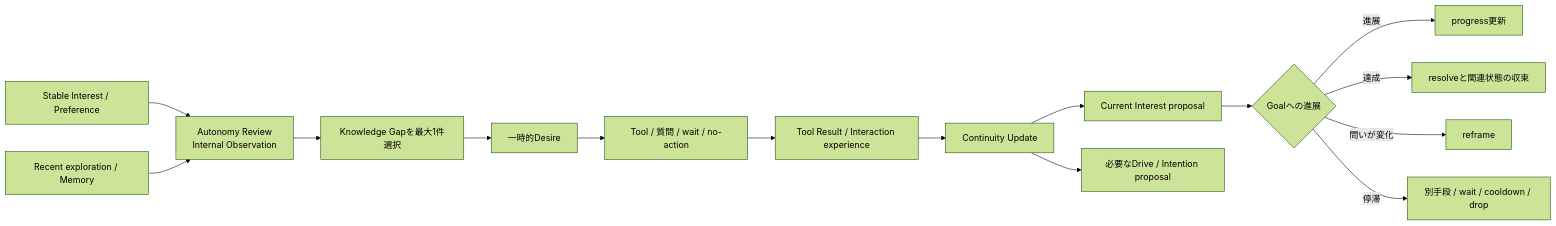
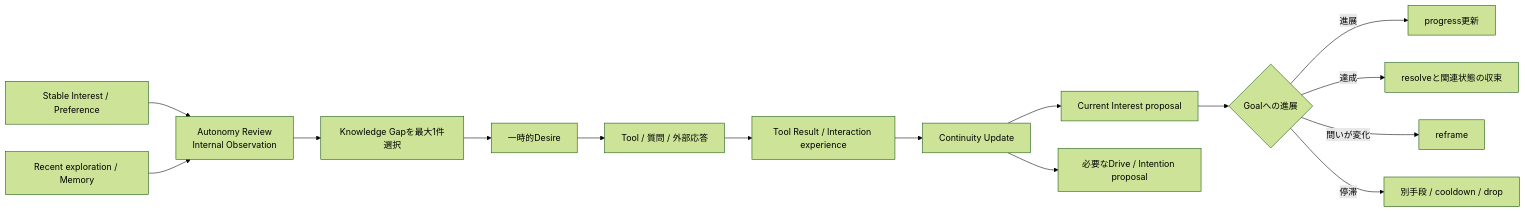
One commit to if001/social_agent changed the second of 4 diagrams in docs/ARCHITECTURE.md. Above: the diagram before and after it, drawn with Mermaid (forest theme). The commit also changed other lines of this file and 21 other files, not shown here.

````diff
--- a/docs/ARCHITECTURE.md
+++ b/docs/ARCHITECTURE.md
@@ -238,17 +240,17 @@
 ```mermaid
 flowchart LR
     S[Stable Interest / Preference] --> O[Autonomy Review<br/>Internal Observation]
     H[Recent exploration / Memory] --> O
     O --> K[Knowledge Gapを最大1件選択]
     K --> D[一時的Desire]
-    D --> A[Tool / 質問 / wait / no-action]
+    D --> A[Tool / 質問 / 外部応答]
     A --> E[Tool Result / Interaction experience]
     E --> P[Continuity Update]
     P --> C[Current Interest proposal]
     P --> R[必要なDrive / Intention proposal]
     C --> N{Goalへの進展}
     N -->|進展| G[progress更新]
     N -->|達成| X[resolveと関連状態の収束]
     N -->|問いが変化| F[reframe]
-    N -->|停滞| W[別手段 / wait / cooldown / drop]
+    N -->|停滞| W[別手段 / cooldown / drop]
 ```
````
